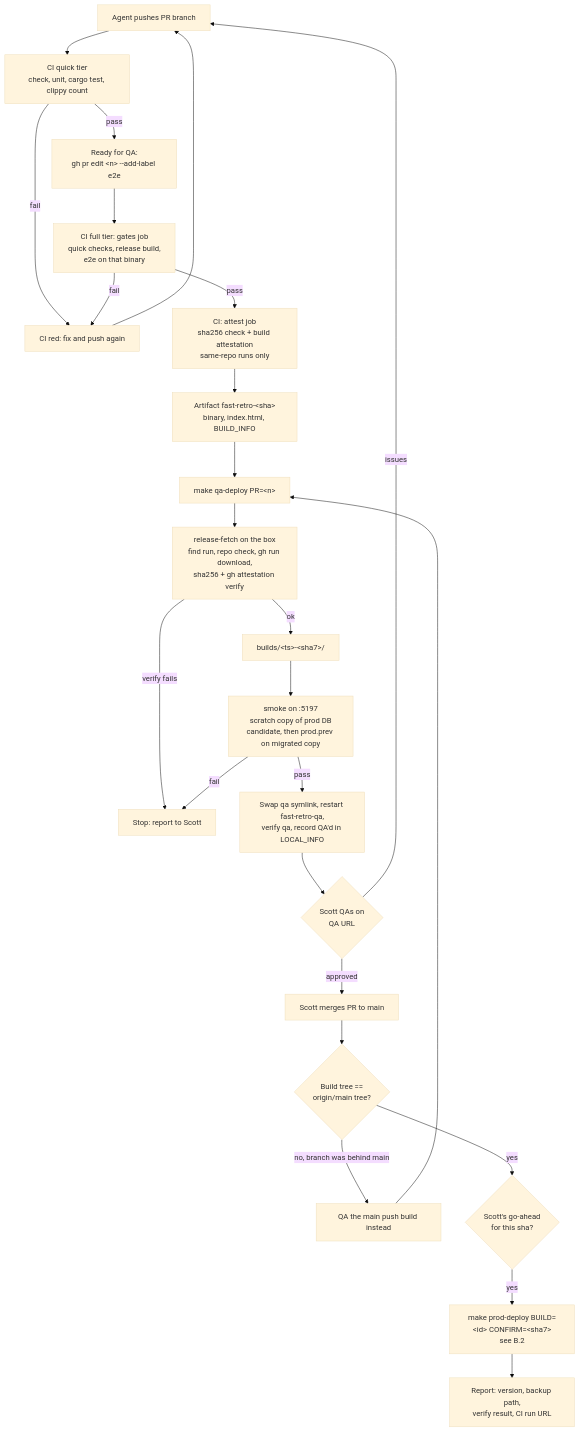
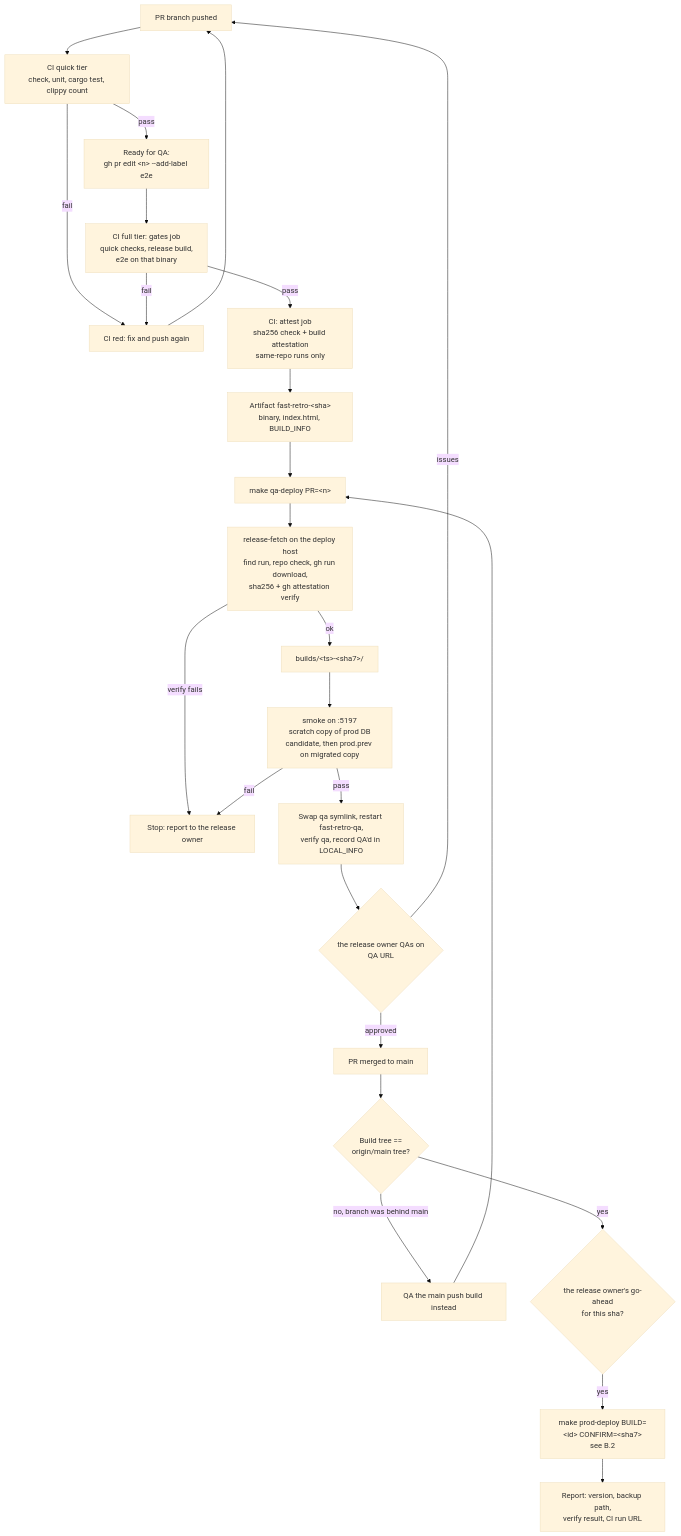
Before and after one commit to 5cotts/fast-retro: the first of 2 diagrams in docs/release-plan.md, drawn with Mermaid (base theme). The commit also changed other lines of this file and 13 other files, not shown here.

````diff
--- a/docs/release-plan.md
+++ b/docs/release-plan.md
@@ -413,28 +407,28 @@
 ```mermaid
 flowchart TD
-    A["Agent pushes PR branch"] --> Q["CI quick tier<br/>check, unit, cargo test, clippy count"]
+    A["PR branch pushed"] --> Q["CI quick tier<br/>check, unit, cargo test, clippy count"]
     Q -->|fail| B1["CI red: fix and push again"]
     B1 --> A
     Q -->|pass| R["Ready for QA:<br/>gh pr edit &lt;n&gt; --add-label e2e"]
     R --> B["CI full tier: gates job<br/>quick checks, release build,<br/>e2e on that binary"]
     B -->|fail| B1
     B -->|pass| C["CI: attest job<br/>sha256 check + build attestation<br/>same-repo runs only"]
     C --> D["Artifact fast-retro-&lt;sha&gt;<br/>binary, index.html, BUILD_INFO"]
 
     D --> E["make qa-deploy PR=&lt;n&gt;"]
-    E --> F["release-fetch on the box<br/>find run, repo check, gh run download,<br/>sha256 + gh attestation verify"]
-    F -->|verify fails| X1["Stop: report to Scott"]
+    E --> F["release-fetch on the deploy host<br/>find run, repo check, gh run download,<br/>sha256 + gh attestation verify"]
+    F -->|verify fails| X1["Stop: report to the release owner"]
     F -->|ok| G["builds/&lt;ts&gt;-&lt;sha7&gt;/"]
     G --> H["smoke on :5197<br/>scratch copy of prod DB<br/>candidate, then prod.prev on migrated copy"]
     H -->|fail| X1
     H -->|pass| I["Swap qa symlink, restart fast-retro-qa,<br/>verify qa, record QA'd in LOCAL_INFO"]
-    I --> J{"Scott QAs on<br/>QA URL"}
+    I --> J{"the release owner QAs on<br/>QA URL"}
     J -->|issues| A
-    J -->|approved| K["Scott merges PR to main"]
+    J -->|approved| K["PR merged to main"]
     K --> L{"Build tree ==<br/>origin/main tree?"}
     L -->|no, branch was behind main| M["QA the main push build instead"]
     M --> E
-    L -->|yes| N{"Scott's go-ahead<br/>for this sha?"}
+    L -->|yes| N{"the release owner's go-ahead<br/>for this sha?"}
     N -->|yes| O["make prod-deploy BUILD=&lt;id&gt; CONFIRM=&lt;sha7&gt;<br/>see B.2"]
     O --> P["Report: version, backup path,<br/>verify result, CI run URL"]
 ```
````
